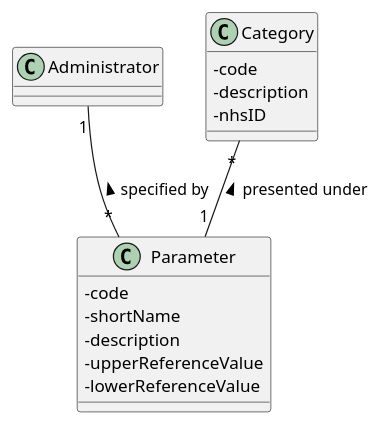
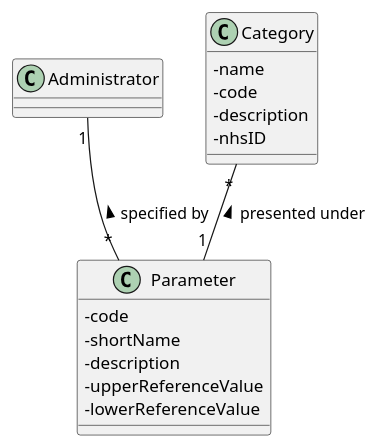
One commit to MadDinosaur/ISEP-LAPR2 changed the diagram in docs/SprintB/US10/US10_DM.puml. Above: the diagram before and after it, drawn with PlantUML. The commit also changed 10 other files, not shown here.

```diff
--- a/docs/SprintB/US10/US10_DM.puml
+++ b/docs/SprintB/US10/US10_DM.puml
@@ -1,23 +1,24 @@
 @startuml
 
 skinparam classAttributeIconSize 0
 
 class Administrator
 class Parameter {
 -code
 -shortName
 -description
 -upperReferenceValue
 -lowerReferenceValue
 }
 
 class Category {
+-name
 -code
 -description
 -nhsID
 }
 
 Category "*"--"1" Parameter : presented under <
 Parameter "*"-up-"1" Administrator : specified by >
 
 @enduml
```
